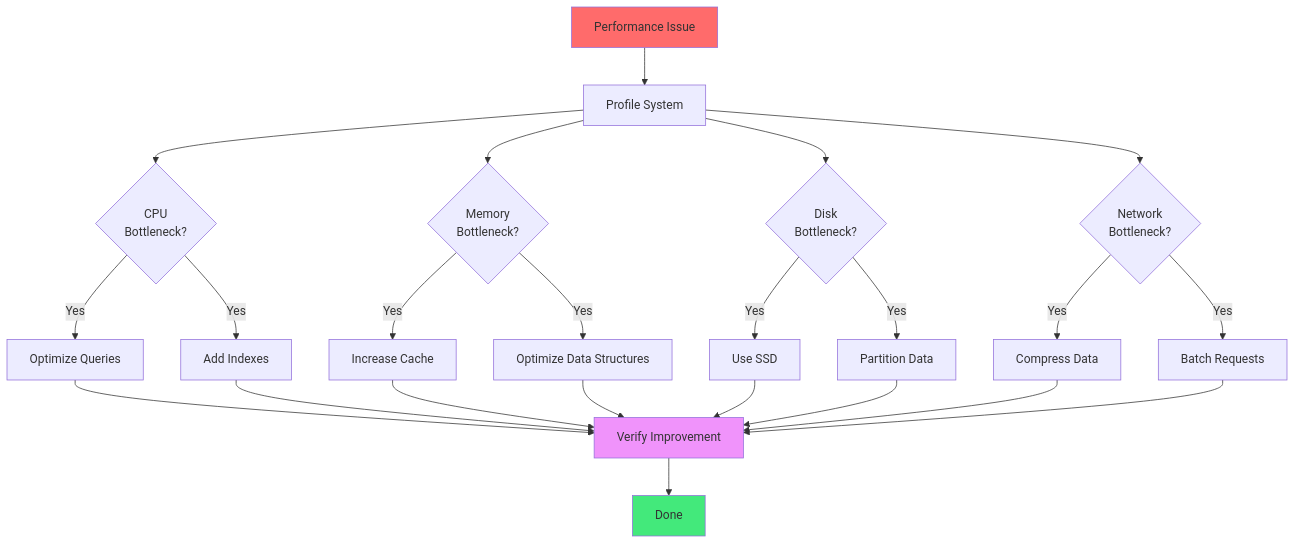
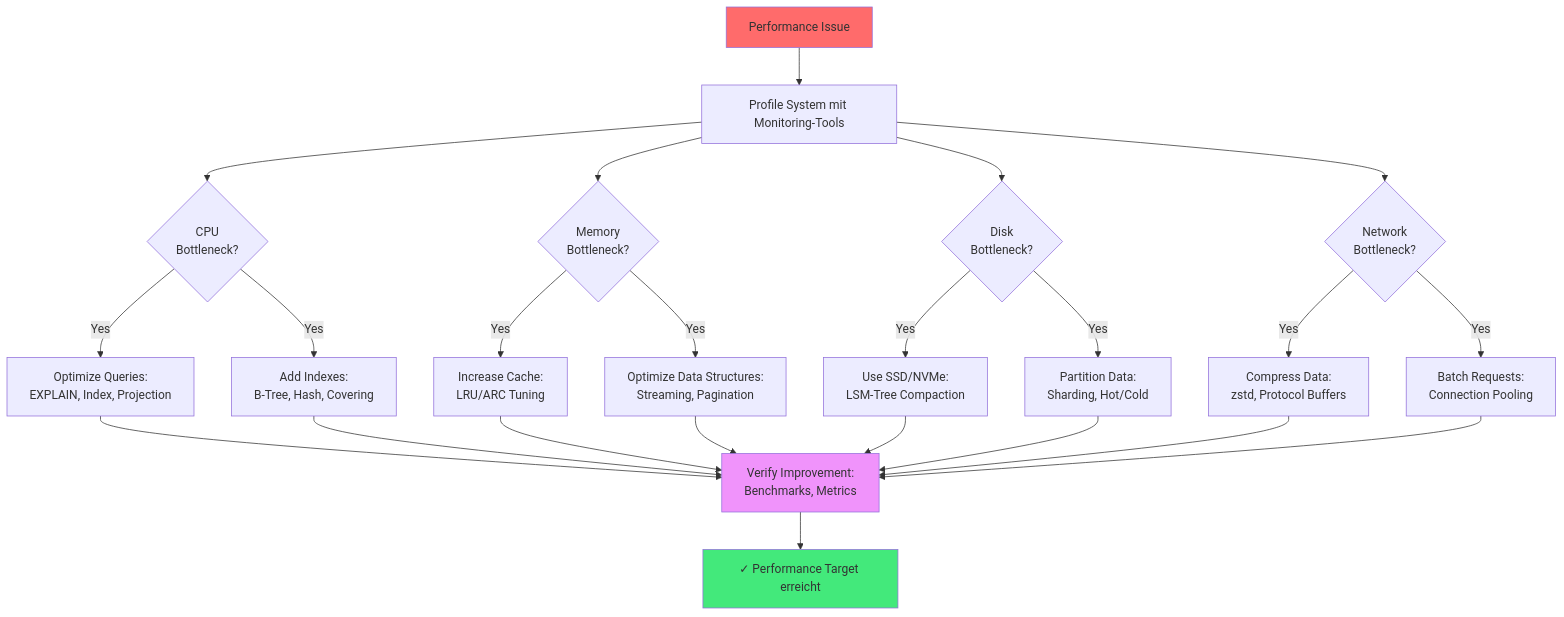
One commit to makr-code/ThemisDB changed the first of 2 diagrams in compendium/docs/chapter_39_performance_tuning_cookbook.md. Above: the diagram before and after it, drawn with Mermaid. The commit also changed other lines of this file, not shown here.

Commit message:
Stage 3 Checkpoint 2 partial: Add improved quote, anchors, introductions, and begin query optimization expansion for Chapter 39

````diff
--- a/compendium/docs/chapter_39_performance_tuning_cookbook.md
+++ b/compendium/docs/chapter_39_performance_tuning_cookbook.md
@@ -21,36 +23,36 @@
 ```mermaid
 flowchart TD
-    Start[Performance Issue] --> Profile[Profile System]
+    Start[Performance Issue] --> Profile[Profile System mit Monitoring-Tools]
     
     Profile --> CPU{CPU<br/>Bottleneck?}
     Profile --> Memory{Memory<br/>Bottleneck?}
     Profile --> Disk{Disk<br/>Bottleneck?}
     Profile --> Network{Network<br/>Bottleneck?}
     
-    CPU -->|Yes| OptQuery[Optimize Queries]
-    CPU -->|Yes| AddIndex[Add Indexes]
+    CPU -->|Yes| OptQuery[Optimize Queries:<br/>EXPLAIN, Index, Projection]
+    CPU -->|Yes| AddIndex[Add Indexes:<br/>B-Tree, Hash, Covering]
     
-    Memory -->|Yes| IncCache[Increase Cache]
-    Memory -->|Yes| OptDataStruct[Optimize Data Structures]
+    Memory -->|Yes| IncCache[Increase Cache:<br/>LRU/ARC Tuning]
+    Memory -->|Yes| OptDataStruct[Optimize Data Structures:<br/>Streaming, Pagination]
     
-    Disk -->|Yes| SSD[Use SSD]
-    Disk -->|Yes| Partition[Partition Data]
+    Disk -->|Yes| SSD[Use SSD/NVMe:<br/>LSM-Tree Compaction]
+    Disk -->|Yes| Partition[Partition Data:<br/>Sharding, Hot/Cold]
     
-    Network -->|Yes| CompData[Compress Data]
-    Network -->|Yes| BatchReq[Batch Requests]
+    Network -->|Yes| CompData[Compress Data:<br/>zstd, Protocol Buffers]
+    Network -->|Yes| BatchReq[Batch Requests:<br/>Connection Pooling]
     
-    OptQuery --> Verify[Verify Improvement]
+    OptQuery --> Verify[Verify Improvement:<br/>Benchmarks, Metrics]
     AddIndex --> Verify
     IncCache --> Verify
     OptDataStruct --> Verify
     SSD --> Verify
     Partition --> Verify
     CompData --> Verify
     BatchReq --> Verify
     
-    Verify --> Done[Done]
+    Verify --> Done[✓ Performance Target erreicht]
     
     style Start fill:#ff6b6b
     style Verify fill:#f093fb
     style Done fill:#43e97b
 ```
````
